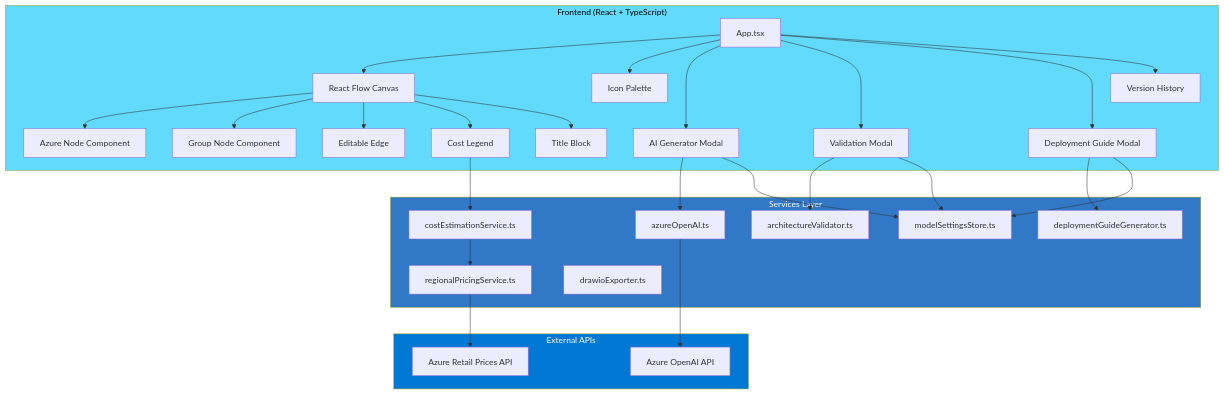
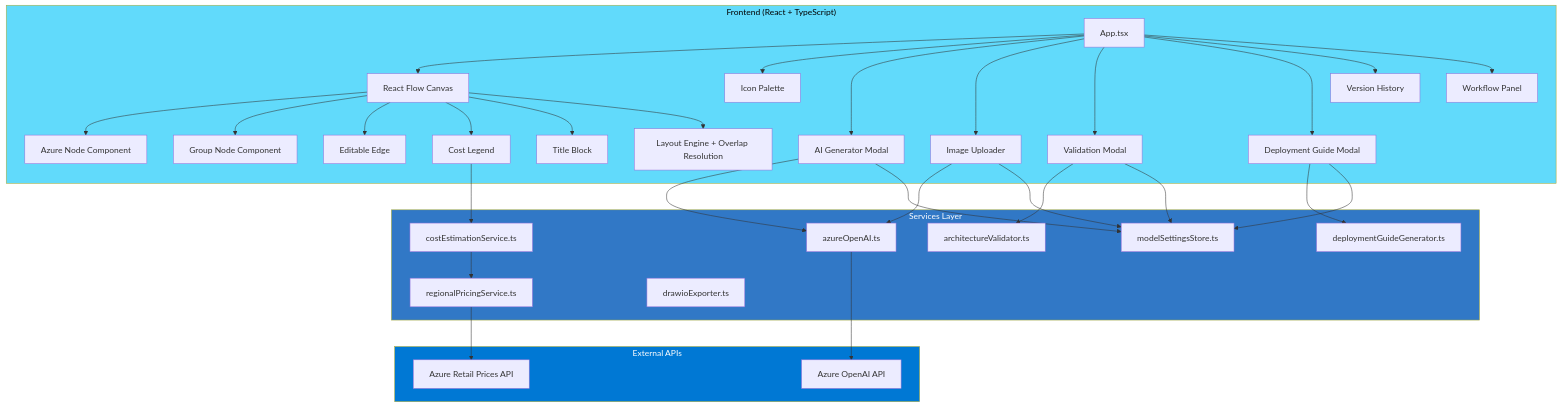
The third of 3 diagrams in README.md (Arturo-Quiroga-MSFT/azure-architecture-diagram-builder), drawn with Mermaid before and after one commit. The commit also changed other lines of this file and 2 other files, not shown here.

Commit message:
Update README with all current features, fix Azure Policy icon category, fix ImageUploader typo

````diff
--- a/README.md
+++ b/README.md
@@ -204,49 +225,54 @@
 ```mermaid
 graph TB
     subgraph Frontend["Frontend (React + TypeScript)"]
         App[App.tsx]
         App --> Canvas[React Flow Canvas]
         App --> Palette[Icon Palette]
         App --> AIGen[AI Generator Modal]
+        App --> ImgUpload[Image Uploader]
         App --> Validation[Validation Modal]
         App --> Deploy[Deployment Guide Modal]
         App --> Version[Version History]
+        App --> Workflow[Workflow Panel]
         
         Canvas --> AzureNode[Azure Node Component]
         Canvas --> GroupNode[Group Node Component]
         Canvas --> EditableEdge[Editable Edge]
         Canvas --> Legend[Cost Legend]
         Canvas --> TitleBlock[Title Block]
+        Canvas --> Layout[Layout Engine + Overlap Resolution]
     end
 
     subgraph Services["Services Layer"]
         azureOpenAI[azureOpenAI.ts]
         costService[costEstimationService.ts]
         validator[architectureValidator.ts]
         deployGen[deploymentGuideGenerator.ts]
         pricing[regionalPricingService.ts]
         drawio[drawioExporter.ts]
         modelStore[modelSettingsStore.ts]
     end
 
     subgraph External["External APIs"]
         OpenAI[Azure OpenAI API]
         PricingAPI[Azure Retail Prices API]
     end
 
     AIGen --> azureOpenAI
+    ImgUpload --> azureOpenAI
     Validation --> validator
     Deploy --> deployGen
     Legend --> costService
     costService --> pricing
     AIGen --> modelStore
+    ImgUpload --> modelStore
     Validation --> modelStore
     Deploy --> modelStore
     
     azureOpenAI --> OpenAI
     pricing --> PricingAPI
 
     style Frontend fill:#61DAFB,color:#000
     style Services fill:#3178C6,color:#fff
     style External fill:#0078D4,color:#fff
 ```
````
